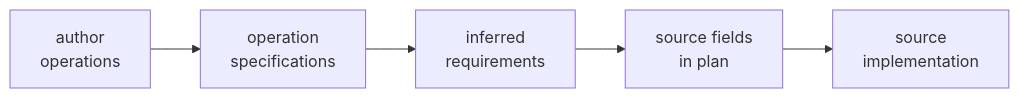
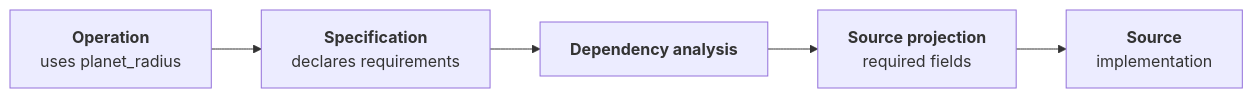
One commit to FAST-HEP/fasthep-flow changed the third of 5 diagrams in docs/execution/index.md. Above: the diagram before and after it, drawn with Mermaid. The commit also changed other lines of this file and 7 other files, not shown here.

````diff
--- a/docs/execution/index.md
+++ b/docs/execution/index.md
@@ -182,10 +203,10 @@
 ```{mermaid}
 flowchart LR
-    Author["author<br/>operations"]
-    Specs["operation<br/>specifications"]
-    Deps["inferred<br/>requirements"]
-    Plan["source fields<br/>in plan"]
-    Reader["source<br/>implementation"]
+    Operation["<b>Operation</b><br/>uses planet_radius"]:::transform
+    Spec["<b>Specification</b><br/>declares requirements"]:::flow
+    Analysis["<b>Dependency analysis</b>"]:::flow
+    Projection["<b>Source projection</b><br/>required fields"]:::plan
+    Reader["<b>Source</b><br/>implementation"]:::source
 
-    Author --> Specs --> Deps --> Plan --> Reader
+    Operation --> Spec --> Analysis --> Projection --> Reader
 ```
````
